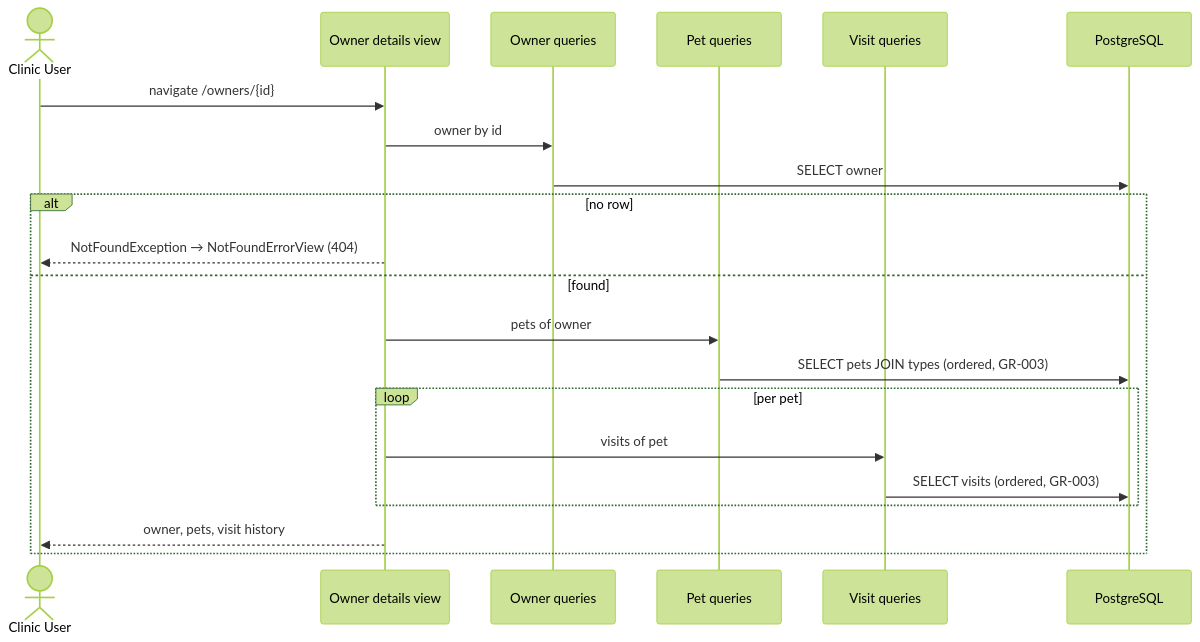
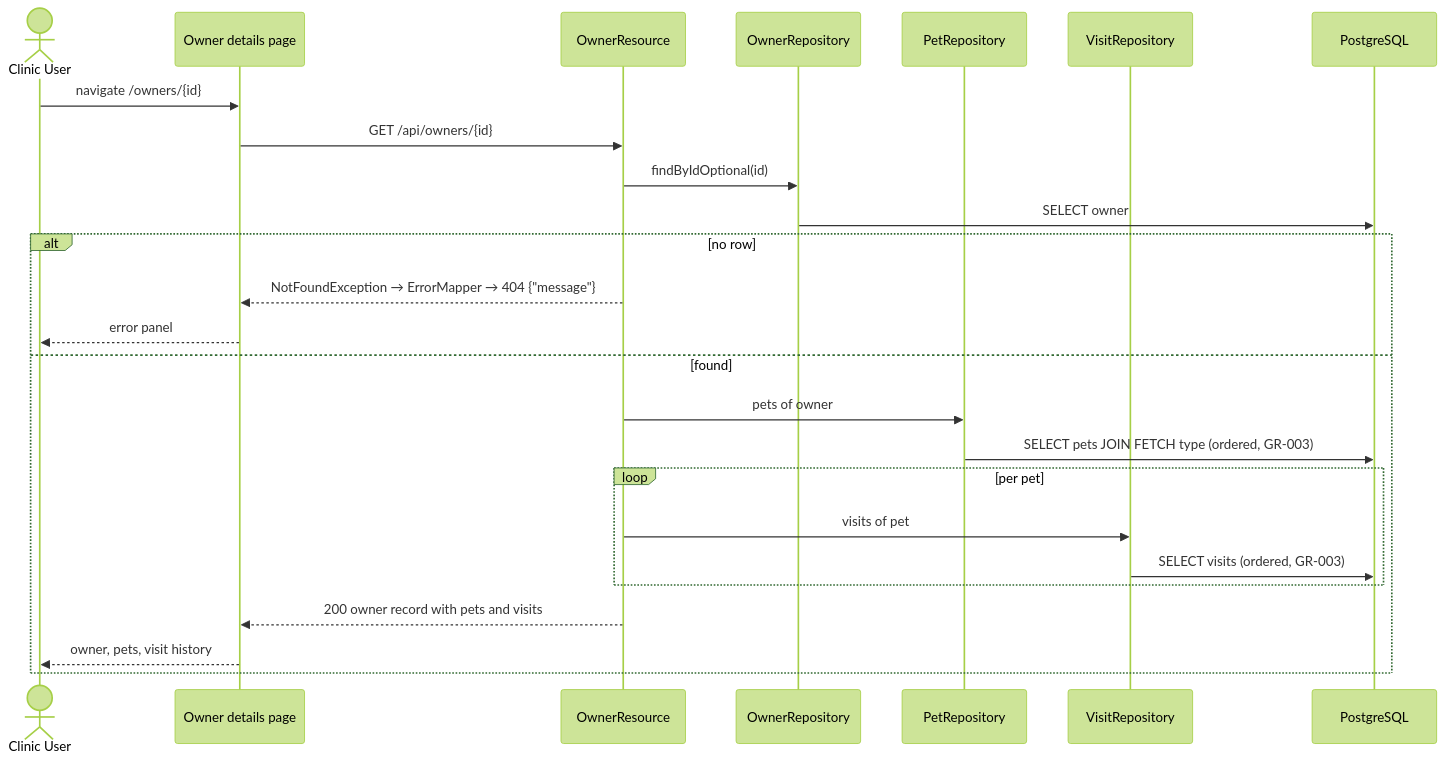
The first of 3 diagrams in docs/architecture/process.md (AI-Unified-Process/petclinic), drawn with Mermaid (forest theme) before and after one commit. The commit also changed other lines of this file and 81 other files, not shown here.

````diff
--- a/docs/architecture/process.md
+++ b/docs/architecture/process.md
@@ -29,24 +36,28 @@
 ```mermaid
 sequenceDiagram
     actor U as Clinic User
-    participant V as Owner details view
-    participant OR as Owner queries
-    participant PR as Pet queries
-    participant VR as Visit queries
+    participant P as Owner details page
+    participant API as OwnerResource
+    participant OR as OwnerRepository
+    participant PR as PetRepository
+    participant VR as VisitRepository
     participant DB as PostgreSQL
 
-    U->>V: navigate /owners/{id}
-    V->>OR: owner by id
+    U->>P: navigate /owners/{id}
+    P->>API: GET /api/owners/{id}
+    API->>OR: findByIdOptional(id)
     OR->>DB: SELECT owner
     alt no row
-        V-->>U: NotFoundException → NotFoundErrorView (404)
+        API-->>P: NotFoundException → ErrorMapper → 404 {"message"}
+        P-->>U: error panel
     else found
-        V->>PR: pets of owner
-        PR->>DB: SELECT pets JOIN types (ordered, GR-003)
+        API->>PR: pets of owner
+        PR->>DB: SELECT pets JOIN FETCH type (ordered, GR-003)
         loop per pet
-            V->>VR: visits of pet
+            API->>VR: visits of pet
             VR->>DB: SELECT visits (ordered, GR-003)
         end
-        V-->>U: owner, pets, visit history
+        API-->>P: 200 owner record with pets and visits
+        P-->>U: owner, pets, visit history
     end
 ```
````
